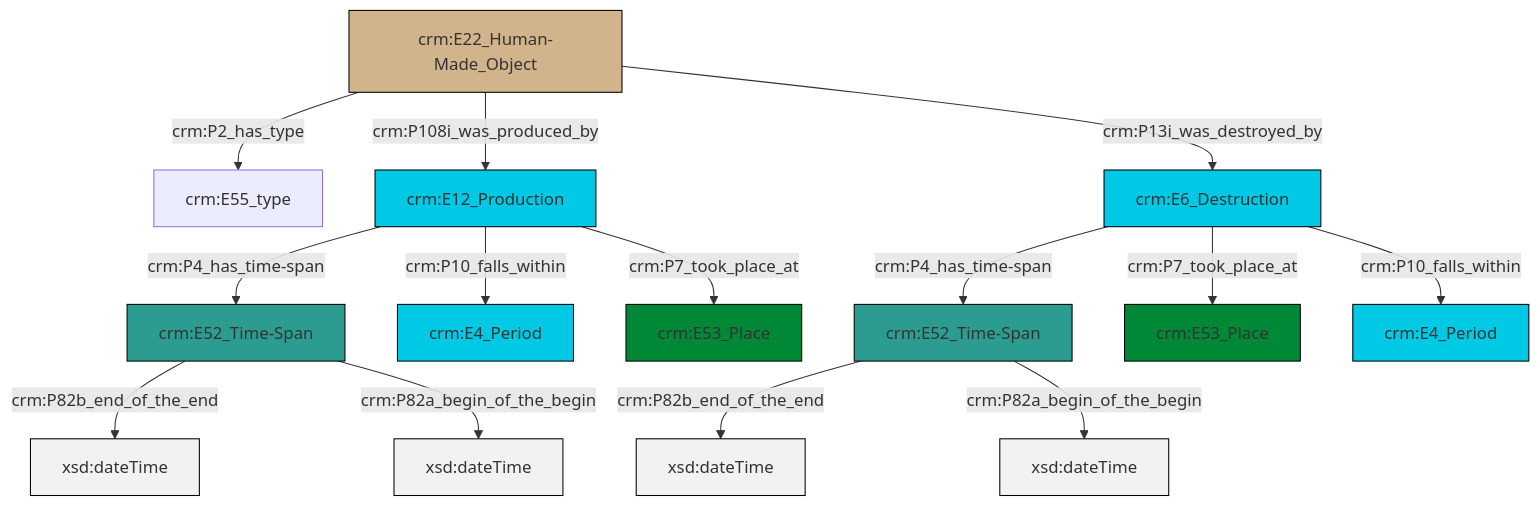
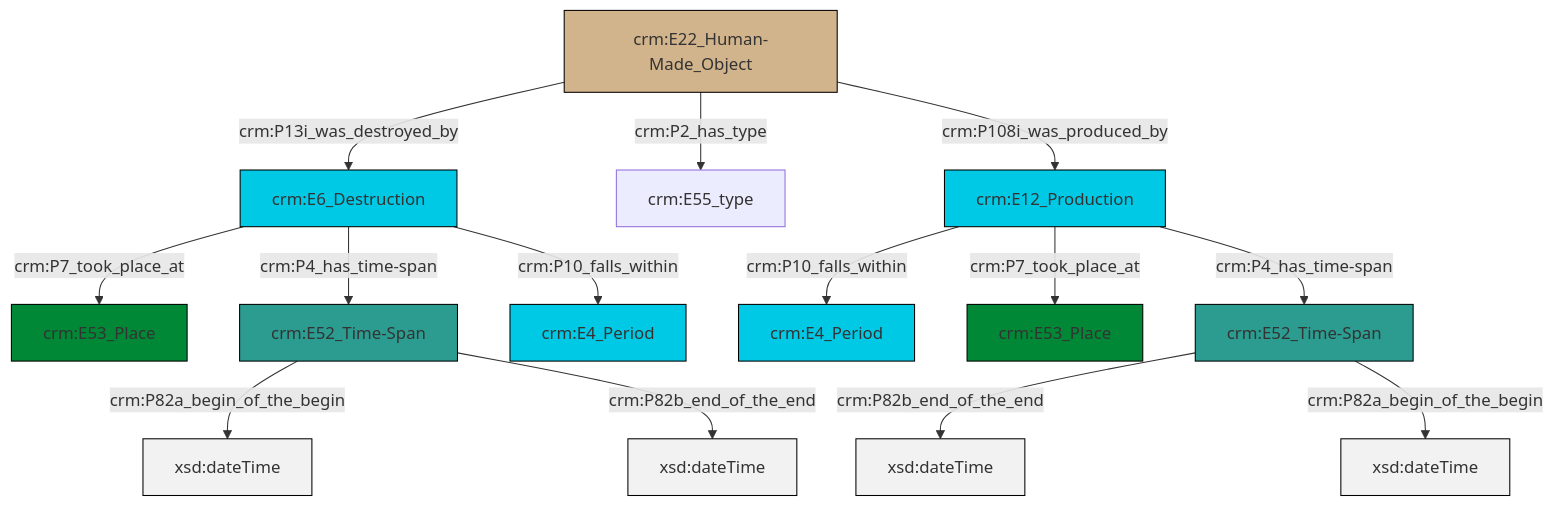
One commit to swiss-art-research-net/reference-data-models changed the diagram in et/artworkCSV/ttl/mmd/Artwork_Existence.ttl.mmd. Above: the diagram before and after it, drawn with Mermaid. The commit also changed 122 other files, not shown here.

```diff
--- a/et/artworkCSV/ttl/mmd/Artwork_Existence.ttl.mmd
+++ b/et/artworkCSV/ttl/mmd/Artwork_Existence.ttl.mmd
@@ -1,28 +1,28 @@
 graph TD
 classDef Literal fill:#f2f2f2,stroke:#000000;
 classDef CRM_Entity fill:#FFFFFF,stroke:#000000;
 classDef Temporal_Entity fill:#00C9E6, stroke:#000000;
 classDef Type fill:#E18312, stroke:#000000;
 classDef Time-Span fill:#2C9C91, stroke:#000000;
 classDef Appellation fill:#FFEB7F, stroke:#000000;
 classDef Place fill:#008836, stroke:#000000;
 classDef Persistent_Item fill:#B266B2, stroke:#000000;
 classDef Conceptual_Object fill:#FFD700, stroke:#000000;
 classDef Physical_Thing fill:#D2B48C, stroke:#000000;
 classDef Actor fill:#f58aad, stroke:#000000;
 classDef PC_Classes fill:#4ce600, stroke:#000000;
 classDef Multi fill:#cccccc,stroke:#000000;
 
-2["crm:E12_Production"]:::Temporal_Entity -->|crm:P4_has_time-span| 0["crm:E52_Time-Span"]:::Time-Span
-3["crm:E22_Human-Made_Object"]:::Physical_Thing -->|crm:P2_has_type| 4["crm:E55_type"]:::Default
-2["crm:E12_Production"]:::Temporal_Entity -->|crm:P10_falls_within| 5["crm:E4_Period"]:::Temporal_Entity
-0["crm:E52_Time-Span"]:::Time-Span -->|crm:P82b_end_of_the_end| 6[xsd:dateTime]:::Literal
-8["crm:E6_Destruction"]:::Temporal_Entity -->|crm:P4_has_time-span| 9["crm:E52_Time-Span"]:::Time-Span
-9["crm:E52_Time-Span"]:::Time-Span -->|crm:P82b_end_of_the_end| 10[xsd:dateTime]:::Literal
-8["crm:E6_Destruction"]:::Temporal_Entity -->|crm:P7_took_place_at| 11["crm:E53_Place"]:::Place
-9["crm:E52_Time-Span"]:::Time-Span -->|crm:P82a_begin_of_the_begin| 13[xsd:dateTime]:::Literal
-0["crm:E52_Time-Span"]:::Time-Span -->|crm:P82a_begin_of_the_begin| 16[xsd:dateTime]:::Literal
-2["crm:E12_Production"]:::Temporal_Entity -->|crm:P7_took_place_at| 18["crm:E53_Place"]:::Place
-8["crm:E6_Destruction"]:::Temporal_Entity -->|crm:P10_falls_within| 14["crm:E4_Period"]:::Temporal_Entity
-3["crm:E22_Human-Made_Object"]:::Physical_Thing -->|crm:P108i_was_produced_by| 2["crm:E12_Production"]:::Temporal_Entity
-3["crm:E22_Human-Made_Object"]:::Physical_Thing -->|crm:P13i_was_destroyed_by| 8["crm:E6_Destruction"]:::Temporal_Entity
+0["crm:E6_Destruction"]:::Temporal_Entity -->|crm:P7_took_place_at| 1["crm:E53_Place"]:::Place
+0["crm:E6_Destruction"]:::Temporal_Entity -->|crm:P4_has_time-span| 2["crm:E52_Time-Span"]:::Time-Span
+9["crm:E12_Production"]:::Temporal_Entity -->|crm:P10_falls_within| 3["crm:E4_Period"]:::Temporal_Entity
+10["crm:E22_Human-Made_Object"]:::Physical_Thing -->|crm:P13i_was_destroyed_by| 0["crm:E6_Destruction"]:::Temporal_Entity
+5["crm:E52_Time-Span"]:::Time-Span -->|crm:P82b_end_of_the_end| 14[xsd:dateTime]:::Literal
+9["crm:E12_Production"]:::Temporal_Entity -->|crm:P7_took_place_at| 7["crm:E53_Place"]:::Place
+2["crm:E52_Time-Span"]:::Time-Span -->|crm:P82a_begin_of_the_begin| 19[xsd:dateTime]:::Literal
+2["crm:E52_Time-Span"]:::Time-Span -->|crm:P82b_end_of_the_end| 21[xsd:dateTime]:::Literal
+9["crm:E12_Production"]:::Temporal_Entity -->|crm:P4_has_time-span| 5["crm:E52_Time-Span"]:::Time-Span
+10["crm:E22_Human-Made_Object"]:::Physical_Thing -->|crm:P2_has_type| 12["crm:E55_type"]:::Default
+10["crm:E22_Human-Made_Object"]:::Physical_Thing -->|crm:P108i_was_produced_by| 9["crm:E12_Production"]:::Temporal_Entity
+5["crm:E52_Time-Span"]:::Time-Span -->|crm:P82a_begin_of_the_begin| 23[xsd:dateTime]:::Literal
+0["crm:E6_Destruction"]:::Temporal_Entity -->|crm:P10_falls_within| 17["crm:E4_Period"]:::Temporal_Entity
```
